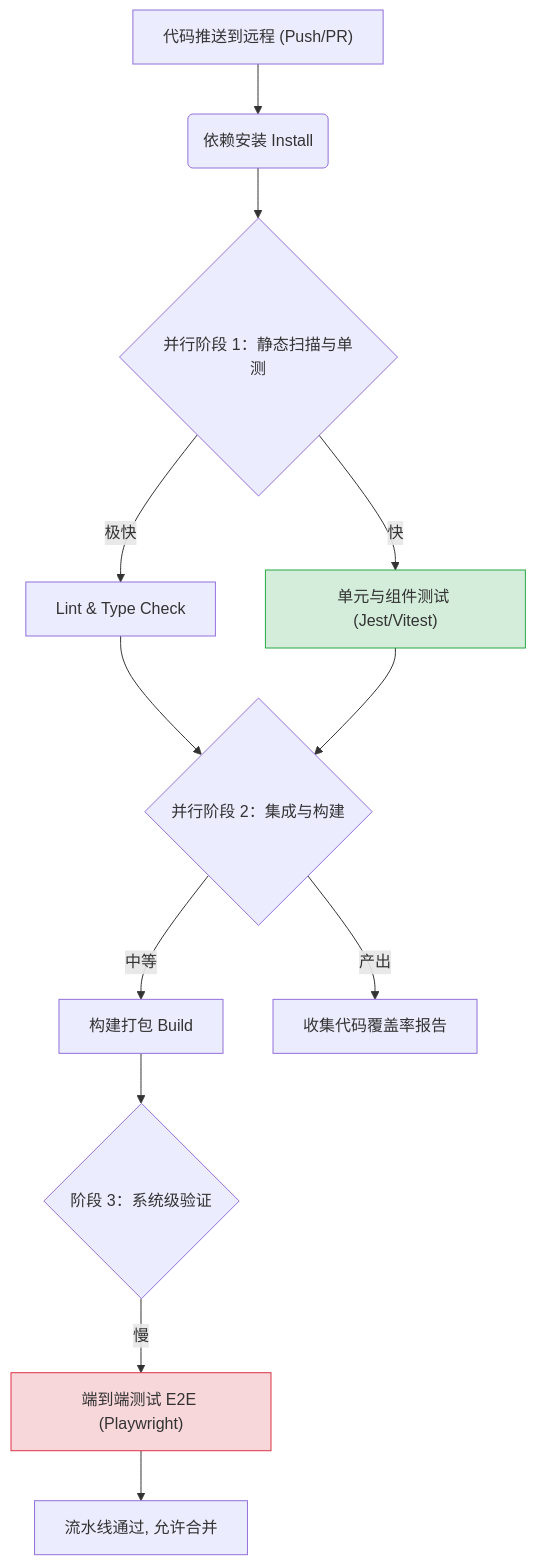
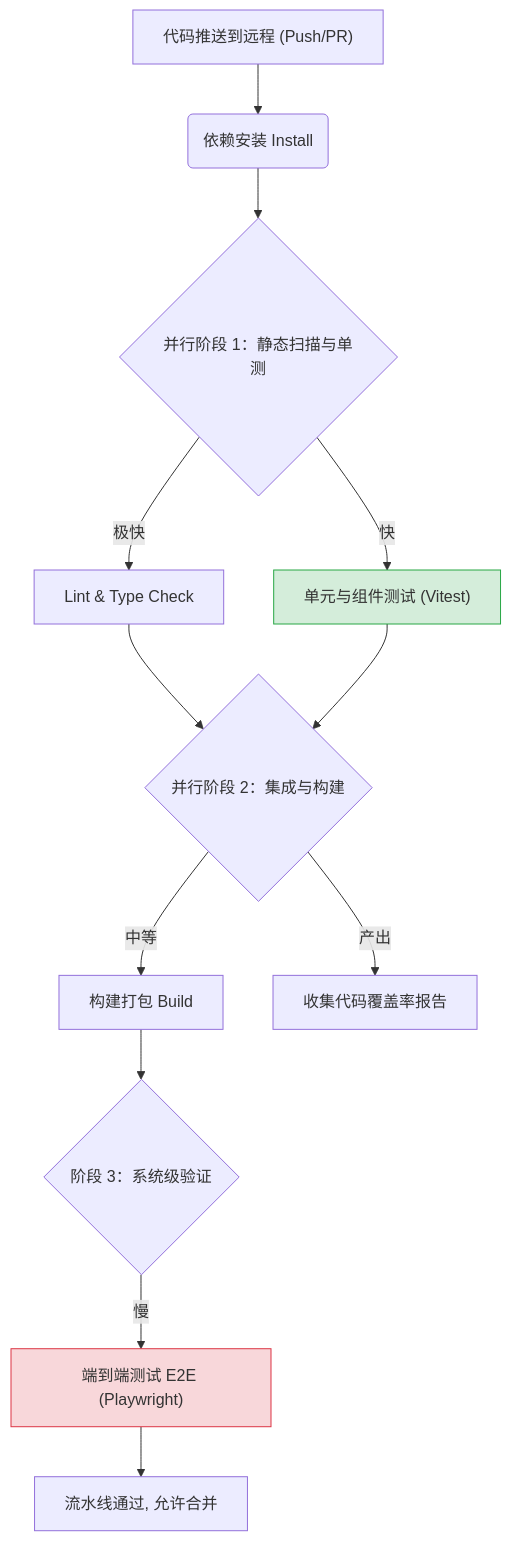
One commit to weihongyu12/web changed the diagram in docs/pipeline/testing/README.md. Above: the diagram before and after it, drawn with Mermaid. The commit also changed other lines of this file and 9 other files, not shown here.

Commit message:
docs: 将文档中 Jest 替换为 Vitest 并新增 Vitest 规则文档

````diff
--- a/docs/pipeline/testing/README.md
+++ b/docs/pipeline/testing/README.md
@@ -61,17 +61,17 @@
 ```mermaid
 graph TD
     A["代码推送到远程 (Push/PR)"] --> B(依赖安装 Install)
     B --> C{"并行阶段 1：静态扫描与单测"}
     C -->|极快| D[Lint & Type Check]
-    C -->|快| E["单元与组件测试 (Jest/Vitest)"]
+    C -->|快| E["单元与组件测试 (Vitest)"]
     D --> F{"并行阶段 2：集成与构建"}
     E --> F
     F -->|中等| G[构建打包 Build]
     F -->|产出| H[收集代码覆盖率报告]
     G --> I{"阶段 3：系统级验证"}
     I -->|慢| J["端到端测试 E2E (Playwright)"]
     J --> K[流水线通过, 允许合并]
     
     style E fill:#d4edda,stroke:#28a745
     style J fill:#f8d7da,stroke:#dc3545
 ```
````
